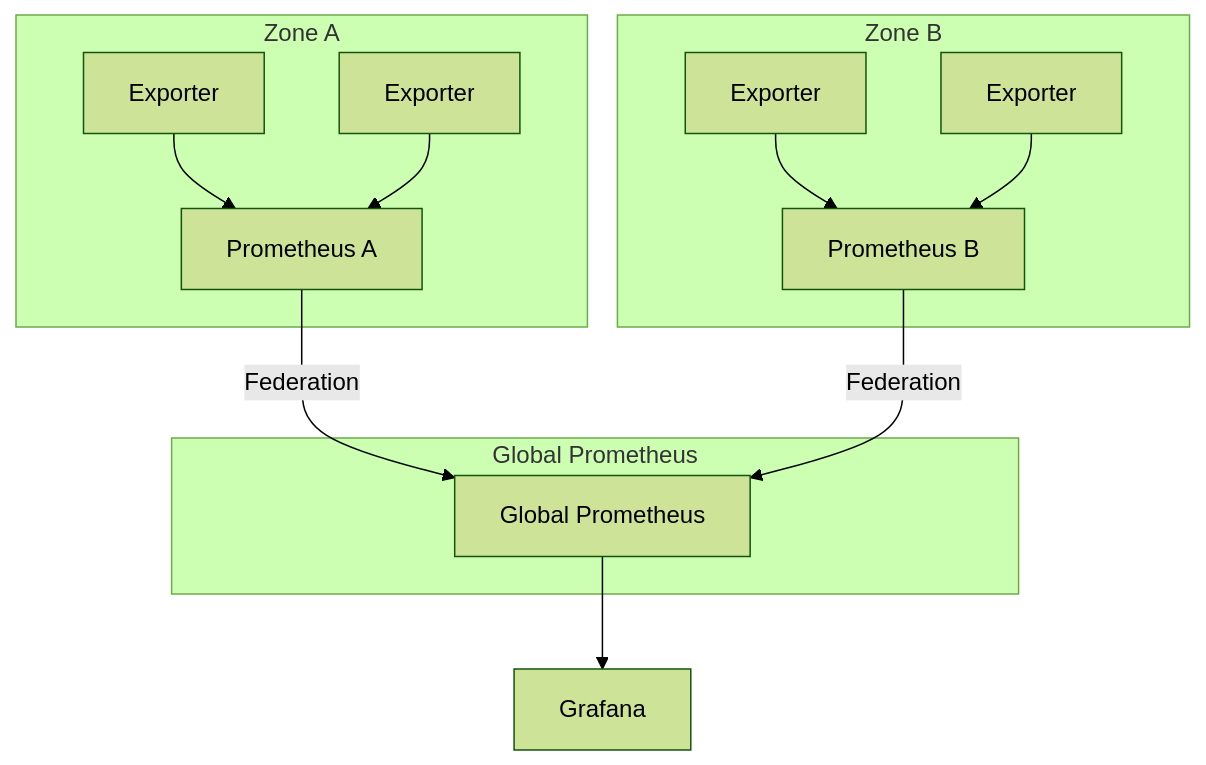
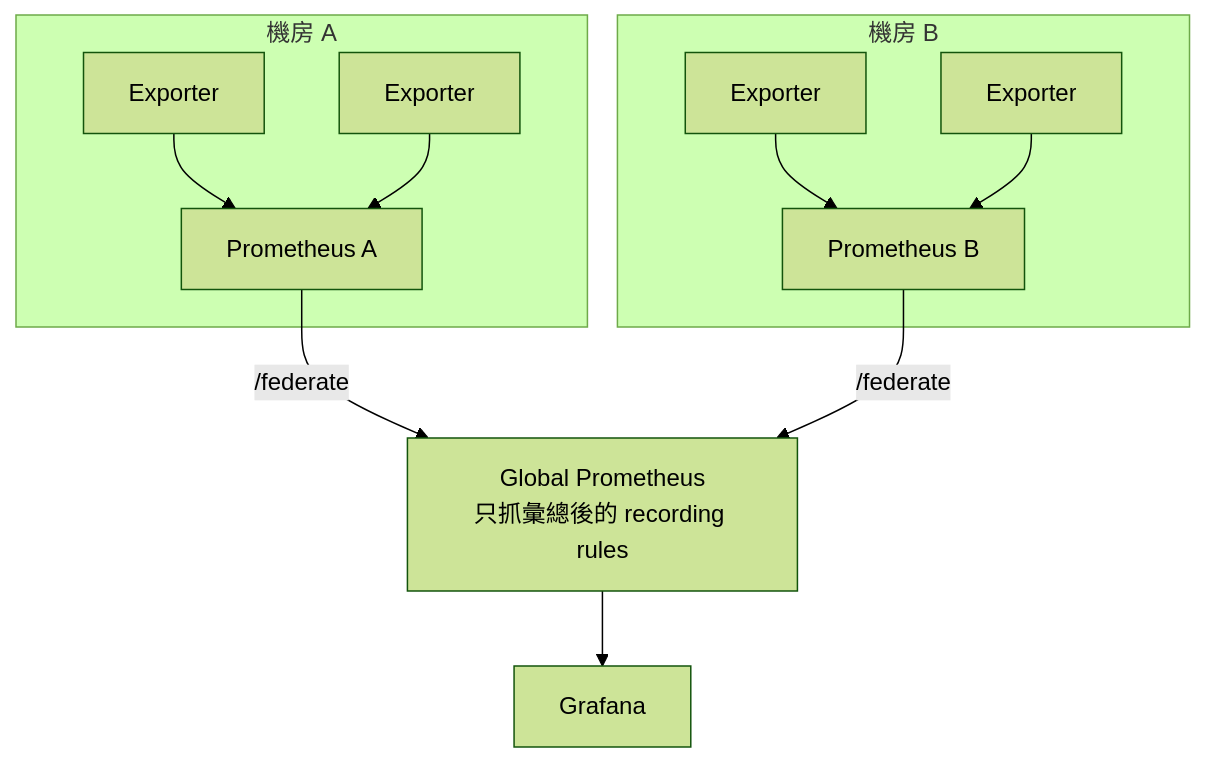
One commit to chihhung/Blog changed diagram 11 of 24 in content/posts/教學/工具/Prometheus與Grafana教學手冊.md. Above: the diagram before and after it, drawn with Mermaid (forest theme). The commit also changed other lines of this file and 8 other files, not shown here.

````diff
--- a/content/posts/教學/工具/Prometheus與Grafana教學手冊.md
+++ b/content/posts/教學/工具/Prometheus與Grafana教學手冊.md
@@ -434,26 +729,17 @@
 ```mermaid
-graph TB
-    subgraph "Global Prometheus"
-        GP[Global Prometheus]
+flowchart TB
+    GP["Global Prometheus<br/>只抓彙總後的 recording rules"]
+    subgraph ZoneA["機房 A"]
+        PA["Prometheus A"]
+        EA1["Exporter"] --> PA
+        EA2["Exporter"] --> PA
     end
-    
-    subgraph "Zone A"
-        PA[Prometheus A]
-        EA1[Exporter]
-        EA2[Exporter]
-        EA1 --> PA
-        EA2 --> PA
+    subgraph ZoneB["機房 B"]
+        PB["Prometheus B"]
+        EB1["Exporter"] --> PB
+        EB2["Exporter"] --> PB
     end
-    
-    subgraph "Zone B"
-        PB[Prometheus B]
-        EB1[Exporter]
-        EB2[Exporter]
-        EB1 --> PB
-        EB2 --> PB
-    end
-    
-    PA -->|Federation| GP
-    PB -->|Federation| GP
-    GP --> Grafana
+    PA -->|"/federate"| GP
+    PB -->|"/federate"| GP
+    GP --> Grafana["Grafana"]
 ```
````
